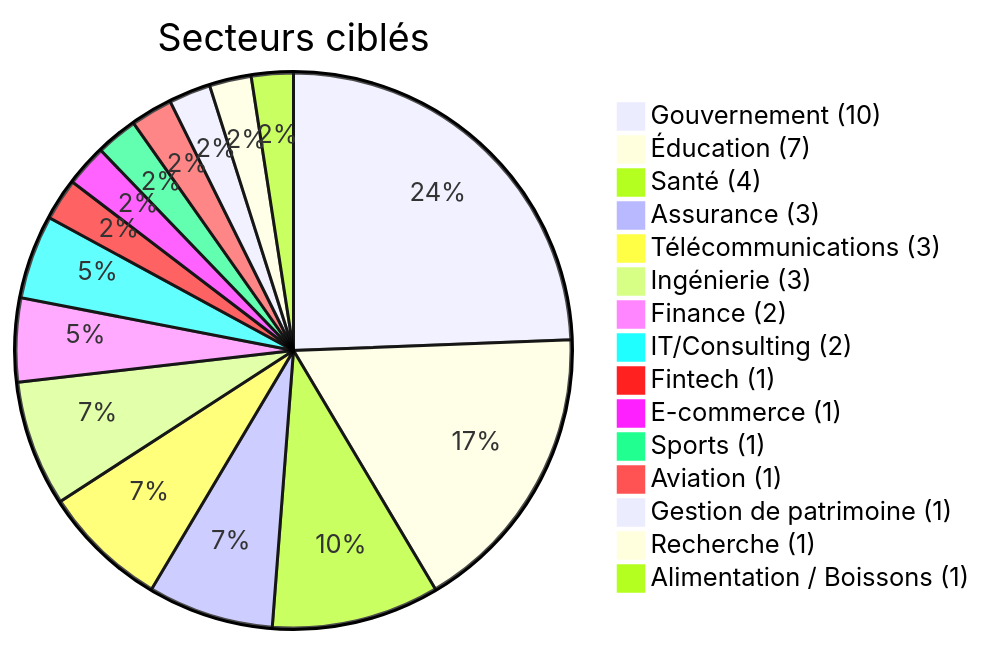
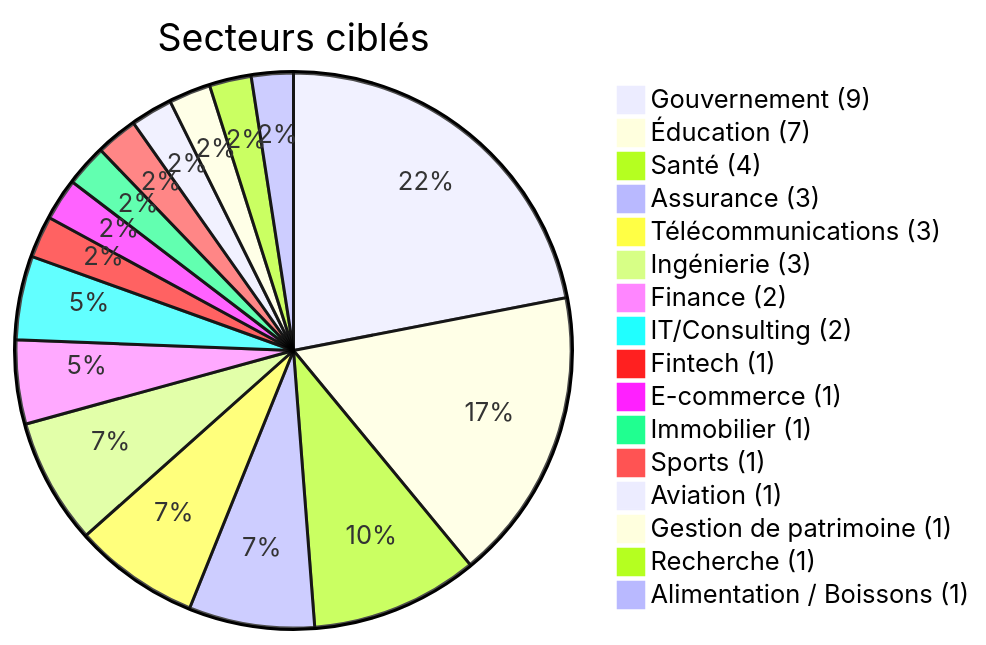
One commit to Hatchepsoute/AFRINTEL changed the fourth of 5 diagrams in statistics/2026/03-march/README_FR.md. Above: the diagram before and after it, drawn with Mermaid. The commit also changed other lines of this file and 255 other files, not shown here.

````diff
--- a/statistics/2026/03-march/README_FR.md
+++ b/statistics/2026/03-march/README_FR.md
@@ -96,19 +96,20 @@
 ```mermaid
 pie
     title Secteurs ciblés
-    "Gouvernement (10)" : 10
+    "Gouvernement (9)" : 9
     "Éducation (7)" : 7
     "Santé (4)" : 4
     "Assurance (3)" : 3
     "Télécommunications (3)" : 3
     "Ingénierie (3)" : 3
     "Finance (2)" : 2
     "IT/Consulting (2)" : 2
     "Fintech (1)" : 1
     "E-commerce (1)" : 1
+    "Immobilier (1)" : 1
     "Sports (1)" : 1
     "Aviation (1)" : 1
     "Gestion de patrimoine (1)" : 1
     "Recherche (1)" : 1
     "Alimentation / Boissons (1)" : 1
 ```
````
